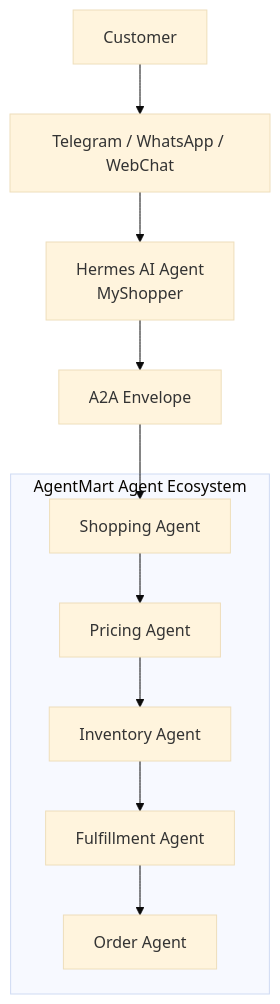
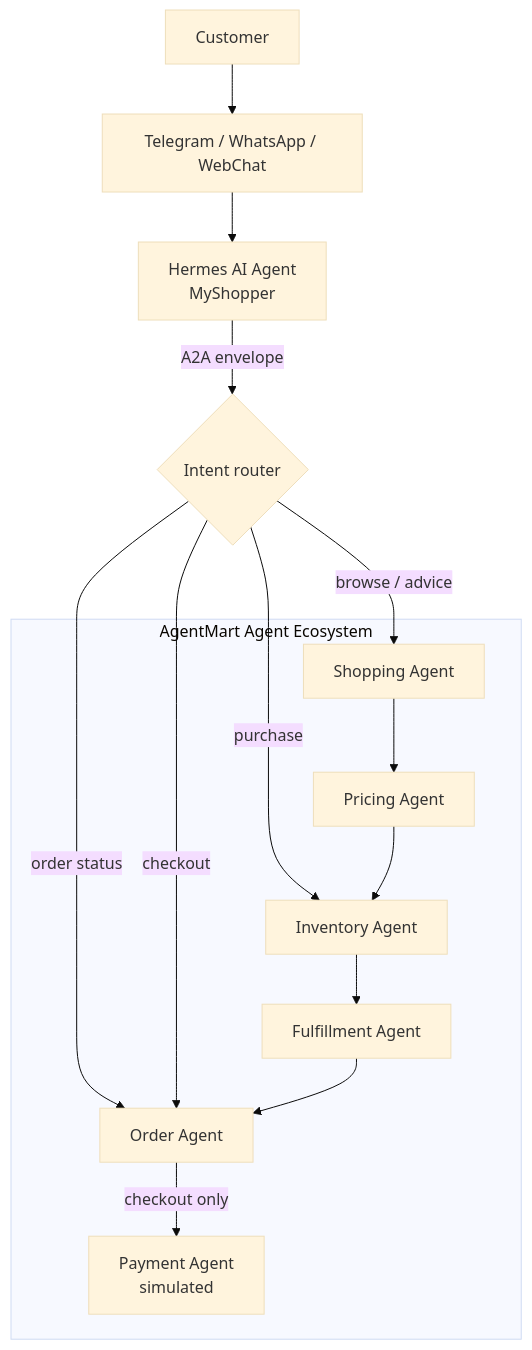
The diagram in workshop/agentmart_agent_ecosystem/README.md (kenken64/Building-Autonomous-AI-Agent), drawn with Mermaid (base theme) before and after one commit. The commit also changed other lines of this file and 7 other files, not shown here.

First line of the commit message:
Add order book, intent routing, and an end-to-end scenario suite

````diff
--- a/workshop/agentmart_agent_ecosystem/README.md
+++ b/workshop/agentmart_agent_ecosystem/README.md
@@ -13,24 +13,29 @@
 ```mermaid
 flowchart TD
     Customer[Customer]
     Channel[Telegram / WhatsApp / WebChat]
     Hermes[Hermes AI Agent<br/>MyShopper]
-    A2A[A2A Envelope]
+    Router{Intent router}
 
     subgraph AgentMart[AgentMart Agent Ecosystem]
         Shopping[Shopping Agent]
         Pricing[Pricing Agent]
         Inventory[Inventory Agent]
         Fulfillment[Fulfillment Agent]
         Order[Order Agent]
+        Payment[Payment Agent<br/>simulated]
     end
 
     Customer --> Channel
     Channel --> Hermes
-    Hermes --> A2A
-    A2A --> Shopping
+    Hermes -->|A2A envelope| Router
+    Router -->|browse / advice| Shopping
+    Router -->|purchase| Inventory
+    Router -->|order status| Order
+    Router -->|checkout| Order
     Shopping --> Pricing
     Pricing --> Inventory
     Inventory --> Fulfillment
     Fulfillment --> Order
+    Order -->|checkout only| Payment
 ```
````
